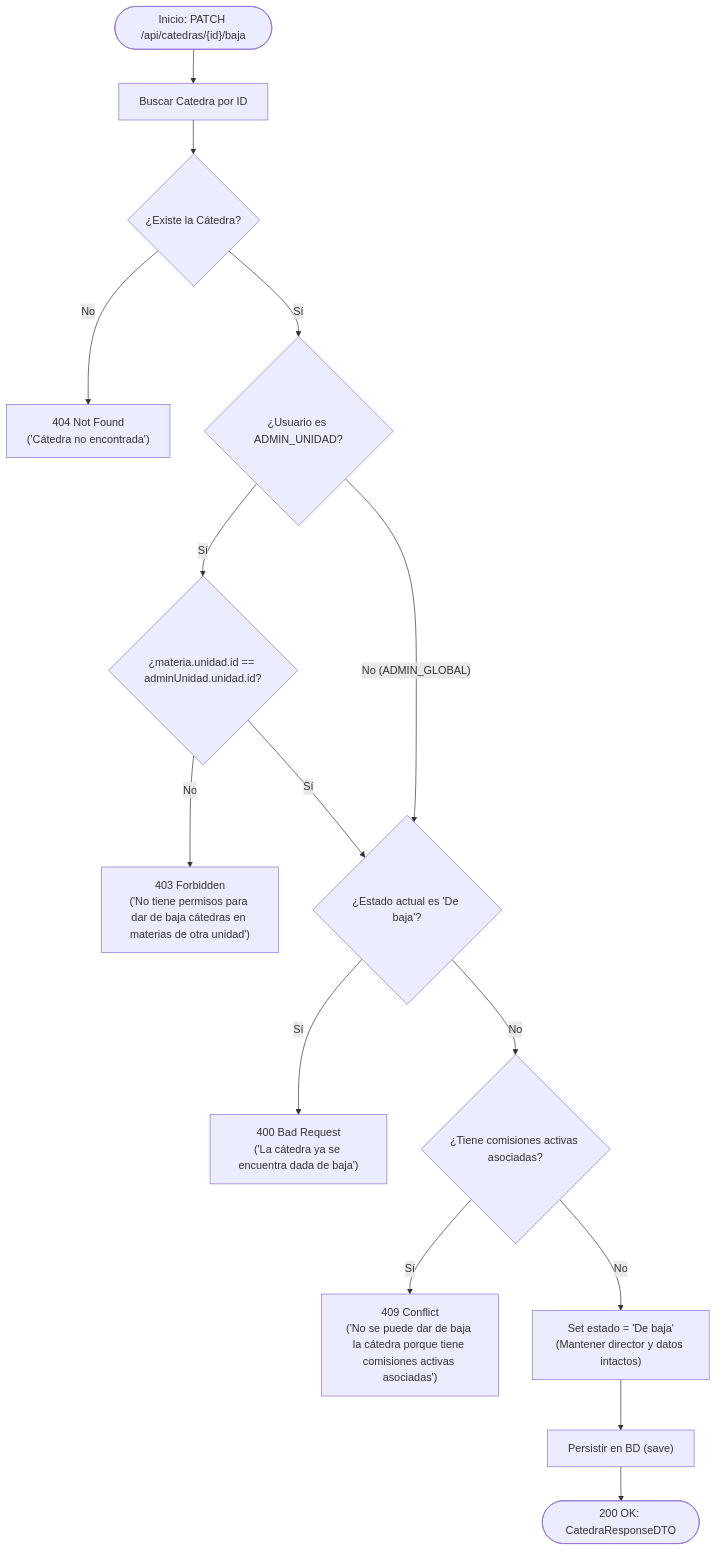
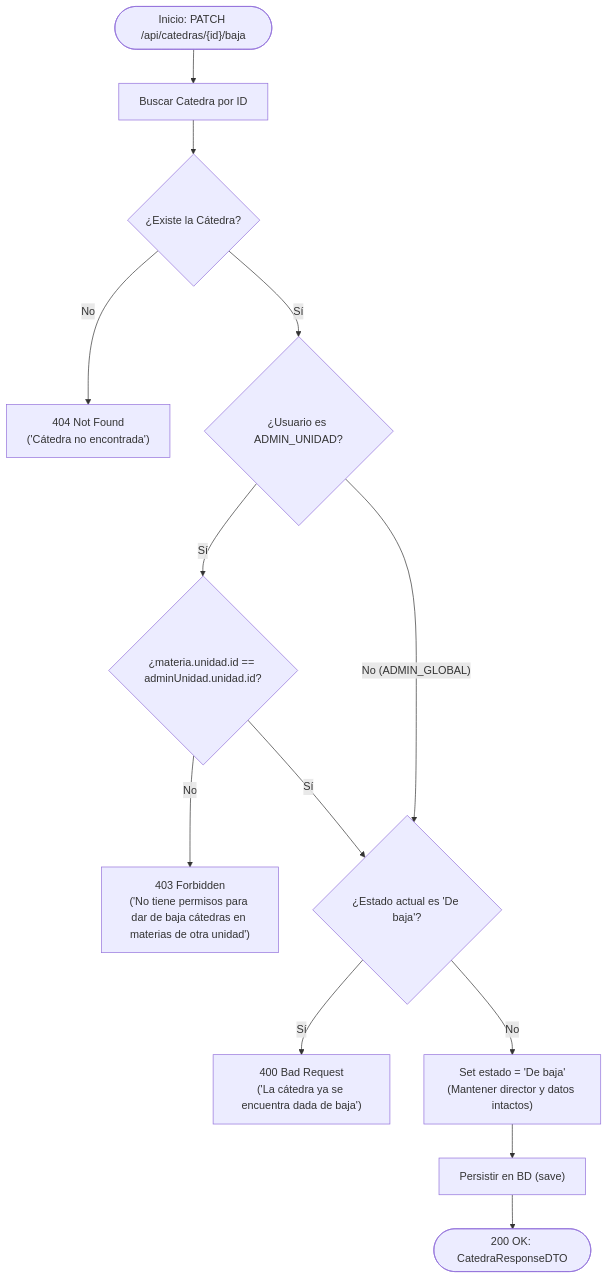
Before and after one commit to Melissa-Ann-Giuliani/atlas-backend: the second of 3 diagrams in .tasks/RF-23/solution-diagrams.md, drawn with Mermaid. The commit also changed other lines of this file and 7 other files, not shown here.

````diff
--- a/.tasks/RF-23/solution-diagrams.md
+++ b/.tasks/RF-23/solution-diagrams.md
@@ -87,22 +76,19 @@
 ```mermaid
 flowchart TD
     Start(["Inicio: PATCH /api/catedras/{id}/baja"]) --> FindCatedra["Buscar Catedra por ID"]
     FindCatedra --> Exists{"¿Existe la Cátedra?"}
     Exists -- No --> Err404["404 Not Found<br>('Cátedra no encontrada')"]
 
     Exists -- Sí --> CheckRole{"¿Usuario es ADMIN_UNIDAD?"}
     CheckRole -- Sí --> CheckUnit{"¿materia.unidad.id == adminUnidad.unidad.id?"}
     CheckUnit -- No --> Err403["403 Forbidden<br>('No tiene permisos para dar de baja cátedras en materias de otra unidad')"]
 
     CheckRole -- No (ADMIN_GLOBAL) --> CheckState{"¿Estado actual es 'De baja'?"}
     CheckUnit -- Sí --> CheckState
 
     CheckState -- Sí --> Err400["400 Bad Request<br>('La cátedra ya se encuentra dada de baja')"]
-    CheckState -- No --> CheckComisiones{"¿Tiene comisiones activas asociadas?"}
-
-    CheckComisiones -- Sí --> Err409["409 Conflict<br>('No se puede dar de baja la cátedra porque tiene comisiones activas asociadas')"]
-    CheckComisiones -- No --> ApplyBaja["Set estado = 'De baja'<br>(Mantener director y datos intactos)"]
+    CheckState -- No --> ApplyBaja["Set estado = 'De baja'<br>(Mantener director y datos intactos)"]
 
     ApplyBaja --> SaveDB["Persistir en BD (save)"]
     SaveDB --> Response200(["200 OK: CatedraResponseDTO"])
 ```
````
